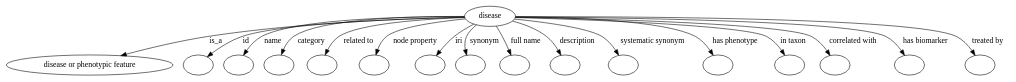
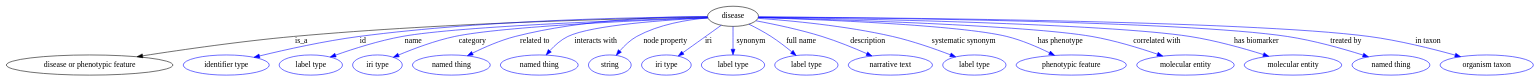
The diagram in graphviz/disease.gv (biolink/biolink-model), drawn with Graphviz before and after one commit. The commit also changed 4483 other files, not shown here.

```diff
--- a/graphviz/disease.gv
+++ b/graphviz/disease.gv
@@ -1,164 +1,174 @@
 digraph {
-	graph [bb="0,0,1480.1,122"];
+	graph [bb="0,0,2185.2,122"];
 	node [label="\N"];
 	disease	 [height=0.5,
 		label=disease,
-		pos="734.48,104",
+		pos="1041.5,104",
 		width=0.99011];
 	"disease or phenotypic feature"	 [height=0.5,
 		pos="113.48,18",
 		width=3.1523];
 	disease -> "disease or phenotypic feature"	 [label=is_a,
-		lp="319.76,61",
-		pos="e,165.79,33.993 698.84,103.01 625.29,100.52 451.54,92.348 307.93,68 263.13,60.405 213.54,47.581 175.65,36.822"];
-	id	 [color=black,
+		lp="425.76,61",
+		pos="e,184.81,32.095 1005.6,103.29 909.53,101.11 638.16,93.016 413.93,68 339.26,59.669 254.92,45.183 194.65,33.941"];
+	id	 [color=blue,
 		height=0.5,
-		label="",
-		pos="271.48,18",
-		width=0.75];
-	disease -> id	 [color=black,
+		label="identifier type",
+		pos="304.48,18",
+		width=1.652];
+	disease -> id	 [color=blue,
 		label=id,
-		lp="372.93,61",
-		pos="e,290.56,30.882 698.8,102.26 618.98,98.08 428.23,86.444 366.59,68 342.59,60.817 317.59,47.408 299.25,36.284",
+		lp="513.93,61",
+		pos="e,346.82,30.828 1005.6,103.62 919.4,102.27 693.6,96.102 507.59,68 455.51,60.132 397.25,45.129 356.52,33.603",
 		style=solid];
-	name	 [color=black,
+	name	 [color=blue,
 		height=0.5,
-		label="",
-		pos="343.48,18",
-		width=0.75];
-	disease -> name	 [color=black,
+		label="label type",
+		pos="426.48,18",
+		width=1.2425];
+	disease -> name	 [color=blue,
 		label=name,
-		lp="417.64,61",
-		pos="e,357.19,33.958 698.88,102.78 624.44,99.813 454.86,90.703 402.16,68 388.06,61.923 374.81,51.248 364.48,41.318",
+		lp="586.64,61",
+		pos="e,457.16,31.186 1005.9,102.46 911.06,98.16 654.26,85.239 571.16,68 534.97,60.49 495.39,46.38 466.79,35.059",
 		style=solid];
-	category	 [color=black,
+	category	 [color=blue,
 		height=0.5,
-		label="",
-		pos="415.48,18",
-		width=0.75];
-	disease -> category	 [color=black,
+		label="iri type",
+		pos="524.48,18",
+		width=0.9834];
+	disease -> category	 [color=blue,
 		label=category,
-		lp="475.58,61",
-		pos="e,423.23,35.265 698.67,102.97 632.1,100.5 492.31,92.471 451.29,68 441.8,62.339 434.13,53.082 428.36,44.063",
+		lp="670.58,61",
+		pos="e,549.4,30.819 1005.8,102.11 921.88,97.461 714.04,84.593 646.29,68 615.51,60.463 582.36,46.431 558.42,35.146",
 		style=solid];
-	"related to"	 [color=black,
+	"related to"	 [color=blue,
 		height=0.5,
-		label="",
-		pos="487.48,18",
-		width=0.75];
-	disease -> "related to"	 [color=black,
+		label="named thing",
+		pos="631.48,18",
+		width=1.5019];
+	disease -> "related to"	 [color=blue,
 		label="related to",
-		lp="542.72,61",
-		pos="e,493.25,36.033 698.81,101.82 644.66,97.905 544.96,88.141 516.01,68 507.94,62.384 501.85,53.697 497.43,45.13",
+		lp="759.72,61",
+		pos="e,657.61,33.978 1006.1,101.4 936.41,96.011 783.5,82.895 733.01,68 709.85,61.167 685.53,49.373 666.5,38.954",
 		style=solid];
-	"node property"	 [color=black,
+	"interacts with"	 [color=blue,
 		height=0.5,
-		label="",
-		pos="559.48,18",
-		width=0.75];
-	disease -> "node property"	 [color=black,
+		label="named thing",
+		pos="757.48,18",
+		width=1.5019];
+	disease -> "interacts with"	 [color=blue,
+		label="interacts with",
+		lp="847.39,61",
+		pos="e,770.72,35.68 1006,101.17 949.6,96.244 842.6,84.96 808.67,68 796.86,62.098 786.04,52.483 777.42,43.253",
+		style=solid];
+	"node property"	 [color=blue,
+		height=0.5,
+		label=string,
+		pos="859.48,18",
+		width=0.8403];
+	disease -> "node property"	 [color=blue,
 		label="node property",
-		lp="622.55,61",
-		pos="e,563.9,36.212 699.78,99.264 660.9,93.361 601.02,82.284 583.34,68 576.24,62.264 571.13,53.912 567.5,45.671",
+		lp="944.55,61",
+		pos="e,870.86,34.718 1006.4,100.26 977.52,95.944 936.52,86.839 905.34,68 894.58,61.498 884.82,51.726 877.1,42.542",
 		style=solid];
-	iri	 [color=black,
+	iri	 [color=blue,
 		height=0.5,
-		label="",
-		pos="631.48,18",
-		width=0.75];
-	disease -> iri	 [color=black,
+		label="iri type",
+		pos="943.48,18",
+		width=0.9834];
+	disease -> iri	 [color=blue,
 		label=iri,
-		lp="685.7,61",
-		pos="e,644.77,33.797 710.98,90.439 700.78,84.13 688.93,76.213 679.04,68 669.45,60.029 659.79,50.271 651.71,41.497",
+		lp="1004.7,61",
+		pos="e,961.34,33.674 1023.5,88.226 1008.3,74.891 986.35,55.622 969.28,40.639",
 		style=solid];
-	synonym	 [color=black,
+	synonym	 [color=blue,
 		height=0.5,
-		label="",
-		pos="703.48,18",
-		width=0.75];
-	disease -> synonym	 [color=black,
+		label="label type",
+		pos="1041.5,18",
+		width=1.2425];
+	disease -> synonym	 [color=blue,
 		label=synonym,
-		lp="724.15,61",
-		pos="e,697.48,35.732 713.87,88.967 707.6,83.191 701.49,76.033 698.14,68 695.27,61.099 694.91,53.22 695.71,45.789",
+		lp="1067.2,61",
+		pos="e,1041.5,36.212 1041.5,85.762 1041.5,74.36 1041.5,59.434 1041.5,46.494",
 		style=solid];
-	"full name"	 [color=black,
+	"full name"	 [color=blue,
 		height=0.5,
-		label="",
-		pos="775.48,18",
-		width=0.75];
-	disease -> "full name"	 [color=black,
+		label="label type",
+		pos="1148.5,18",
+		width=1.2425];
+	disease -> "full name"	 [color=blue,
 		label="full name",
-		lp="784.11,61",
-		pos="e,767.28,35.21 742.98,86.181 748.72,74.145 756.39,58.047 762.84,44.515",
+		lp="1139.1,61",
+		pos="e,1132.3,35.042 1064.6,90.202 1074.7,83.85 1086.5,75.964 1096.5,68 1106.3,60.154 1116.5,50.758 1125.1,42.24",
 		style=solid];
-	description	 [color=black,
+	description	 [color=blue,
 		height=0.5,
-		label="",
-		pos="847.48,18",
-		width=0.75];
-	disease -> description	 [color=black,
+		label="narrative text",
+		pos="1268.5,18",
+		width=1.5834];
+	disease -> description	 [color=blue,
 		label=description,
-		lp="858.59,61",
-		pos="e,839.11,35.565 765.27,94.778 781.19,88.927 800.22,80.142 814.48,68 822.16,61.465 828.75,52.71 833.99,44.353",
+		lp="1231.6,61",
+		pos="e,1240.6,33.937 1074.1,96.668 1100.3,90.345 1137.9,80.3 1169.5,68 1190.7,59.76 1213.4,48.487 1231.7,38.73",
 		style=solid];
-	"systematic synonym"	 [color=black,
+	"systematic synonym"	 [color=blue,
 		height=0.5,
-		label="",
-		pos="932.48,18",
-		width=0.75];
-	disease -> "systematic synonym"	 [color=black,
+		label="label type",
+		pos="1388.5,18",
+		width=1.2425];
+	disease -> "systematic synonym"	 [color=blue,
 		label="systematic synonym",
-		lp="966.45,61",
-		pos="e,923.14,35.371 769.03,98.962 809.35,92.605 873.11,80.929 893.48,68 902.96,61.983 911.08,52.823 917.42,43.98",
+		lp="1365.4,61",
+		pos="e,1359.6,32.069 1076.7,100.9 1121.5,96.383 1200.8,86.452 1266.5,68 1295.3,59.894 1326.6,46.997 1350.3,36.332",
 		style=solid];
-	"has phenotype"	 [color=black,
+	"has phenotype"	 [color=blue,
 		height=0.5,
-		label="",
-		pos="1069.5,18",
-		width=0.75];
-	disease -> "has phenotype"	 [color=black,
+		label="phenotypic feature",
+		pos="1527.5,18",
+		width=2.1155];
+	disease -> "has phenotype"	 [color=blue,
 		label="has phenotype",
-		lp="1084.7,61",
-		pos="e,1059.7,35.32 770.29,102.85 838.43,100.14 983.84,91.681 1027.5,68 1038,62.287 1047,52.773 1053.9,43.568",
+		lp="1501.7,61",
+		pos="e,1500.3,34.889 1077.2,102.33 1159.8,98.193 1361.3,86.484 1426.5,68 1449.1,61.575 1472.8,50.145 1491.5,39.834",
 		style=solid];
-	"in taxon"	 [color=black,
+	"correlated with"	 [color=blue,
 		height=0.5,
-		label="",
-		pos="1170.5,18",
-		width=0.75];
-	disease -> "in taxon"	 [color=black,
+		label="molecular entity",
+		pos="1689.5,18",
+		width=1.8837];
+	disease -> "correlated with"	 [color=blue,
+		label="correlated with",
+		lp="1636.7,61",
+		pos="e,1653.8,33.333 1077.1,102.67 1176.6,98.773 1455.7,86.459 1545.5,68 1579.5,61.016 1616.4,48.08 1644.3,37.116",
+		style=solid];
+	"has biomarker"	 [color=blue,
+		height=0.5,
+		label="molecular entity",
+		pos="1843.5,18",
+		width=1.8837];
+	disease -> "has biomarker"	 [color=blue,
+		label="has biomarker",
+		lp="1777.3,61",
+		pos="e,1805.1,32.842 1077.3,103.14 1194.3,100.16 1564.8,89.238 1682.5,68 1721.4,60.979 1764,47.453 1795.7,36.239",
+		style=solid];
+	"treated by"	 [color=blue,
+		height=0.5,
+		label="named thing",
+		pos="1983.5,18",
+		width=1.5019];
+	disease -> "treated by"	 [color=blue,
+		label="treated by",
+		lp="1908.3,61",
+		pos="e,1948.1,31.777 1077.4,103.55 1210.5,101.68 1675.6,93.456 1821.5,68 1861.9,60.939 1906.4,46.717 1938.5,35.24",
+		style=solid];
+	"in taxon"	 [color=blue,
+		height=0.5,
+		label="organism taxon",
+		pos="2120.5,18",
+		width=1.7978];
+	disease -> "in taxon"	 [color=blue,
 		label="in taxon",
-		lp="1168.2,61",
-		pos="e,1161.1,34.966 770.11,102.29 861.11,97.712 1097.1,84.386 1128.5,68 1139.3,62.371 1148.4,52.69 1155.3,43.338",
-		style=solid];
-	"correlated with"	 [color=black,
-		height=0.5,
-		label="",
-		pos="1242.5,18",
-		width=0.75];
-	disease -> "correlated with"	 [color=black,
-		label="correlated with",
-		lp="1255.7,61",
-		pos="e,1231.6,34.567 770.38,102.66 871.96,98.659 1156.5,85.966 1194.5,68 1206.5,62.29 1217.2,52.14 1225.3,42.469",
-		style=solid];
-	"has biomarker"	 [color=black,
-		height=0.5,
-		label="",
-		pos="1347.5,18",
-		width=0.75];
-	disease -> "has biomarker"	 [color=black,
-		label="has biomarker",
-		lp="1361.3,61",
-		pos="e,1336.9,35.114 770.18,103.27 887.08,100.68 1253.7,90.806 1301.5,68 1313,62.5 1323,52.707 1330.7,43.237",
-		style=solid];
-	"treated by"	 [color=black,
-		height=0.5,
-		label="",
-		pos="1450.5,18",
-		width=0.75];
-	disease -> "treated by"	 [color=black,
-		label="treated by",
-		lp="1452.3,61",
-		pos="e,1440.2,35.152 770.2,103.67 900.85,102.26 1348,95.445 1405.5,68 1416.9,62.548 1426.7,52.762 1434.2,43.285",
+		lp="2029.2,61",
+		pos="e,2080,32.154 1077.2,103.67 1222.6,102.15 1769.8,94.759 1940.5,68 1985.1,60.999 2034.5,46.797 2070.3,35.313",
 		style=solid];
 }
```
